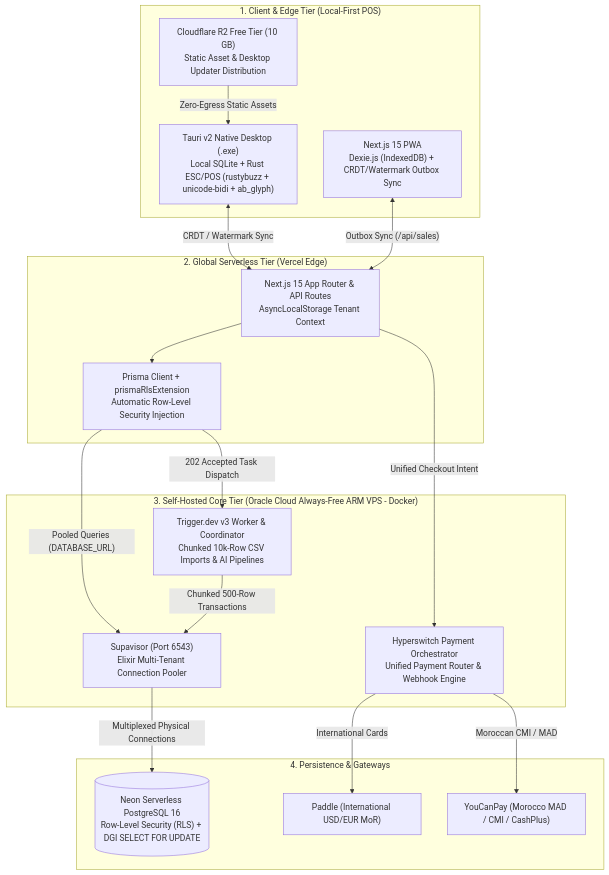
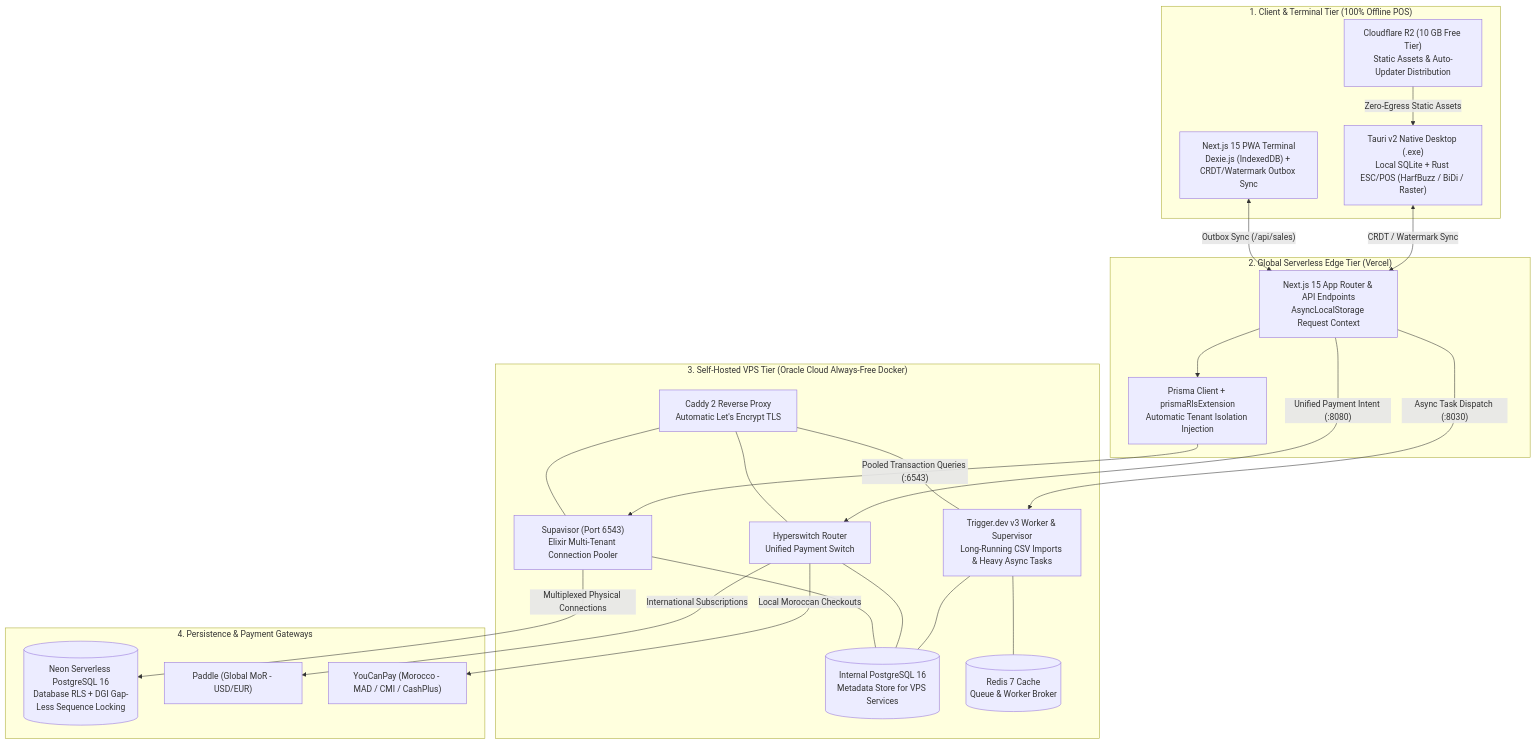
One commit to ismaildormi/kaspi-pos changed the first of 2 diagrams in docs/MASTER_ARCHITECTURE.md. Above: the diagram before and after it, drawn with Mermaid. The commit also changed other lines of this file and 6 other files, not shown here.

Commit message:
feat(core): implement DGI InvoiceSequence, Prisma RLS, and sales transactional context

````diff
--- a/docs/MASTER_ARCHITECTURE.md
+++ b/docs/MASTER_ARCHITECTURE.md
@@ -7,37 +13,46 @@
 ```mermaid
 flowchart TD
-    subgraph ClientTier["1. Client & Edge Tier (Local-First POS)"]
-        Tauri["Tauri v2 Native Desktop (.exe)\nLocal SQLite + Rust ESC/POS (rustybuzz + unicode-bidi + ab_glyph)"]
-        PWA["Next.js 15 PWA\nDexie.js (IndexedDB) + CRDT/Watermark Outbox Sync"]
-        R2["Cloudflare R2 Free Tier (10 GB)\nStatic Asset & Desktop Updater Distribution"]
+    subgraph ClientTier["1. Client & Terminal Tier (100% Offline POS)"]
+        Tauri["Tauri v2 Native Desktop (.exe)\nLocal SQLite + Rust ESC/POS (HarfBuzz / BiDi / Raster)"]
+        PWA["Next.js 15 PWA Terminal\nDexie.js (IndexedDB) + CRDT/Watermark Outbox Sync"]
+        R2["Cloudflare R2 (10 GB Free Tier)\nStatic Assets & Auto-Updater Distribution"]
     end
 
-    subgraph EdgeTier["2. Global Serverless Tier (Vercel Edge)"]
-        NextApp["Next.js 15 App Router & API Routes\nAsyncLocalStorage Tenant Context"]
-        PrismaExt["Prisma Client + prismaRlsExtension\nAutomatic Row-Level Security Injection"]
+    subgraph VercelEdge["2. Global Serverless Edge Tier (Vercel)"]
+        NextApp["Next.js 15 App Router & API Endpoints\nAsyncLocalStorage Request Context"]
+        PrismaExt["Prisma Client + prismaRlsExtension\nAutomatic Tenant Isolation Injection"]
     end
 
-    subgraph VPSTier["3. Self-Hosted Core Tier (Oracle Cloud Always-Free ARM VPS - Docker)"]
+    subgraph OracleVPS["3. Self-Hosted VPS Tier (Oracle Cloud Always-Free Docker)"]
+        CaddyProxy["Caddy 2 Reverse Proxy\nAutomatic Let's Encrypt TLS"]
         Supavisor["Supavisor (Port 6543)\nElixir Multi-Tenant Connection Pooler"]
-        TriggerDev["Trigger.dev v3 Worker & Coordinator\nChunked 10k-Row CSV Imports & AI Pipelines"]
-        Hyperswitch["Hyperswitch Payment Orchestrator\nUnified Payment Router & Webhook Engine"]
+        TriggerDev["Trigger.dev v3 Worker & Supervisor\nLong-Running CSV Imports & Heavy Async Tasks"]
+        Hyperswitch["Hyperswitch Router\nUnified Payment Switch"]
+        VPSPostgres[("Internal PostgreSQL 16\nMetadata Store for VPS Services")]
+        VPSRedis[("Redis 7 Cache\nQueue & Worker Broker")]
     end
 
-    subgraph DataTier["4. Persistence & Gateways"]
-        NeonDB[("Neon Serverless PostgreSQL 16\nRow-Level Security (RLS) + DGI SELECT FOR UPDATE")]
-        Paddle["Paddle (International USD/EUR MoR)"]
-        YouCanPay["YouCanPay (Morocco MAD / CMI / CashPlus)"]
+    subgraph DataGateways["4. Persistence & Payment Gateways"]
+        NeonDB[("Neon Serverless PostgreSQL 16\nDatabase RLS + DGI Gap-Less Sequence Locking")]
+        Paddle["Paddle (Global MoR - USD/EUR)"]
+        YouCanPay["YouCanPay (Morocco - MAD / CMI / CashPlus)"]
     end
 
     Tauri <-->|"CRDT / Watermark Sync"| NextApp
     PWA <-->|"Outbox Sync (/api/sales)"| NextApp
     R2 -->|"Zero-Egress Static Assets"| Tauri
     NextApp --> PrismaExt
-    PrismaExt -->|"Pooled Queries (DATABASE_URL)"| Supavisor
-    PrismaExt -->|"202 Accepted Task Dispatch"| TriggerDev
-    NextApp -->|"Unified Checkout Intent"| Hyperswitch
-    TriggerDev -->|"Chunked 500-Row Transactions"| Supavisor
+    PrismaExt -->|"Pooled Transaction Queries (:6543)"| Supavisor
+    NextApp -->|"Async Task Dispatch (:8030)"| TriggerDev
+    NextApp -->|"Unified Payment Intent (:8080)"| Hyperswitch
     Supavisor -->|"Multiplexed Physical Connections"| NeonDB
-    Hyperswitch -->|"International Cards"| Paddle
-    Hyperswitch -->|"Moroccan CMI / MAD"| YouCanPay
+    Hyperswitch -->|"International Subscriptions"| Paddle
+    Hyperswitch -->|"Local Moroccan Checkouts"| YouCanPay
+    CaddyProxy --- Supavisor
+    CaddyProxy --- TriggerDev
+    CaddyProxy --- Hyperswitch
+    TriggerDev --- VPSRedis
+    TriggerDev --- VPSPostgres
+    Hyperswitch --- VPSPostgres
+    Supavisor --- VPSPostgres
 ```
````
